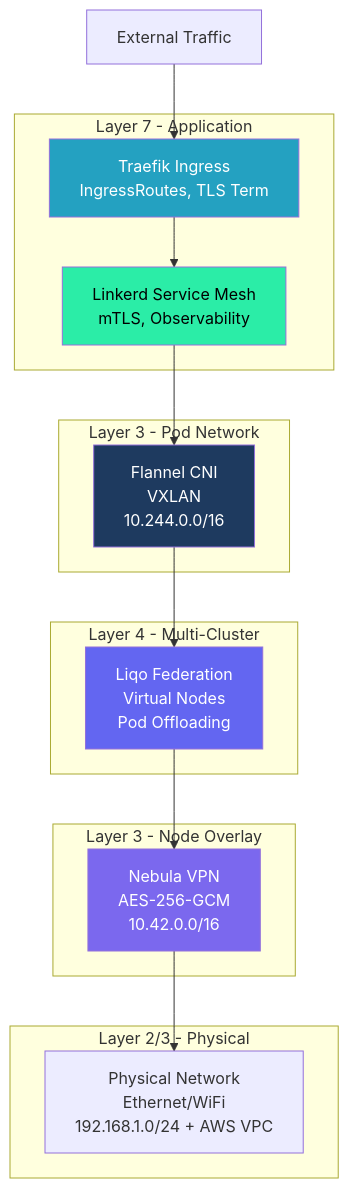
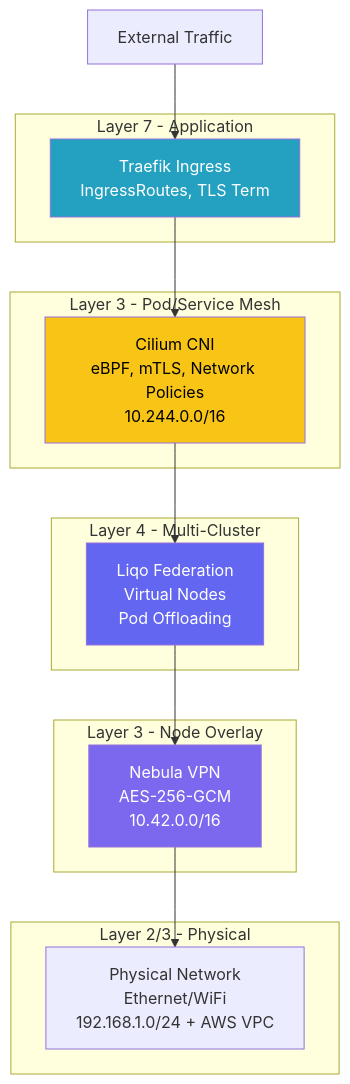
One commit to TheBranchDriftCatalyst/talos-homelab changed the third of 14 diagrams in docs/02-architecture/infrastructure-diagrams.md. Above: the diagram before and after it, drawn with Mermaid. The commit also changed other lines of this file and 4 other files, not shown here.

First line of the commit message:
docs: update diagrams and references for linkerd removal

````diff
--- a/docs/02-architecture/infrastructure-diagrams.md
+++ b/docs/02-architecture/infrastructure-diagrams.md
@@ -118,36 +118,33 @@
 ```mermaid
 flowchart TB
     subgraph L7["Layer 7 - Application"]
-        Linkerd[Linkerd Service Mesh<br/>mTLS, Observability]
         Traefik[Traefik Ingress<br/>IngressRoutes, TLS Term]
     end
 
     subgraph L4["Layer 4 - Multi-Cluster"]
         Liqo[Liqo Federation<br/>Virtual Nodes<br/>Pod Offloading]
     end
 
-    subgraph L3Pod["Layer 3 - Pod Network"]
-        Flannel[Flannel CNI<br/>VXLAN<br/>10.244.0.0/16]
+    subgraph L3Pod["Layer 3 - Pod/Service Mesh"]
+        Cilium[Cilium CNI<br/>eBPF, mTLS, Network Policies<br/>10.244.0.0/16]
     end
 
     subgraph L3Node["Layer 3 - Node Overlay"]
         Nebula[Nebula VPN<br/>AES-256-GCM<br/>10.42.0.0/16]
     end
 
     subgraph L2["Layer 2/3 - Physical"]
         Physical[Physical Network<br/>Ethernet/WiFi<br/>192.168.1.0/24 + AWS VPC]
     end
 
     External[External Traffic] --> Traefik
-    Traefik --> Linkerd
-    Linkerd --> Flannel
-    Flannel --> Liqo
+    Traefik --> Cilium
+    Cilium --> Liqo
     Liqo --> Nebula
     Nebula --> Physical
 
-    style Linkerd fill:#2beda7,color:#000
+    style Cilium fill:#F8C517,color:#000
     style Traefik fill:#24a1c1,color:#fff
     style Liqo fill:#6366F1,color:#fff
-    style Flannel fill:#1e3a5f,color:#fff
     style Nebula fill:#7B68EE,color:#fff
 ```
````
